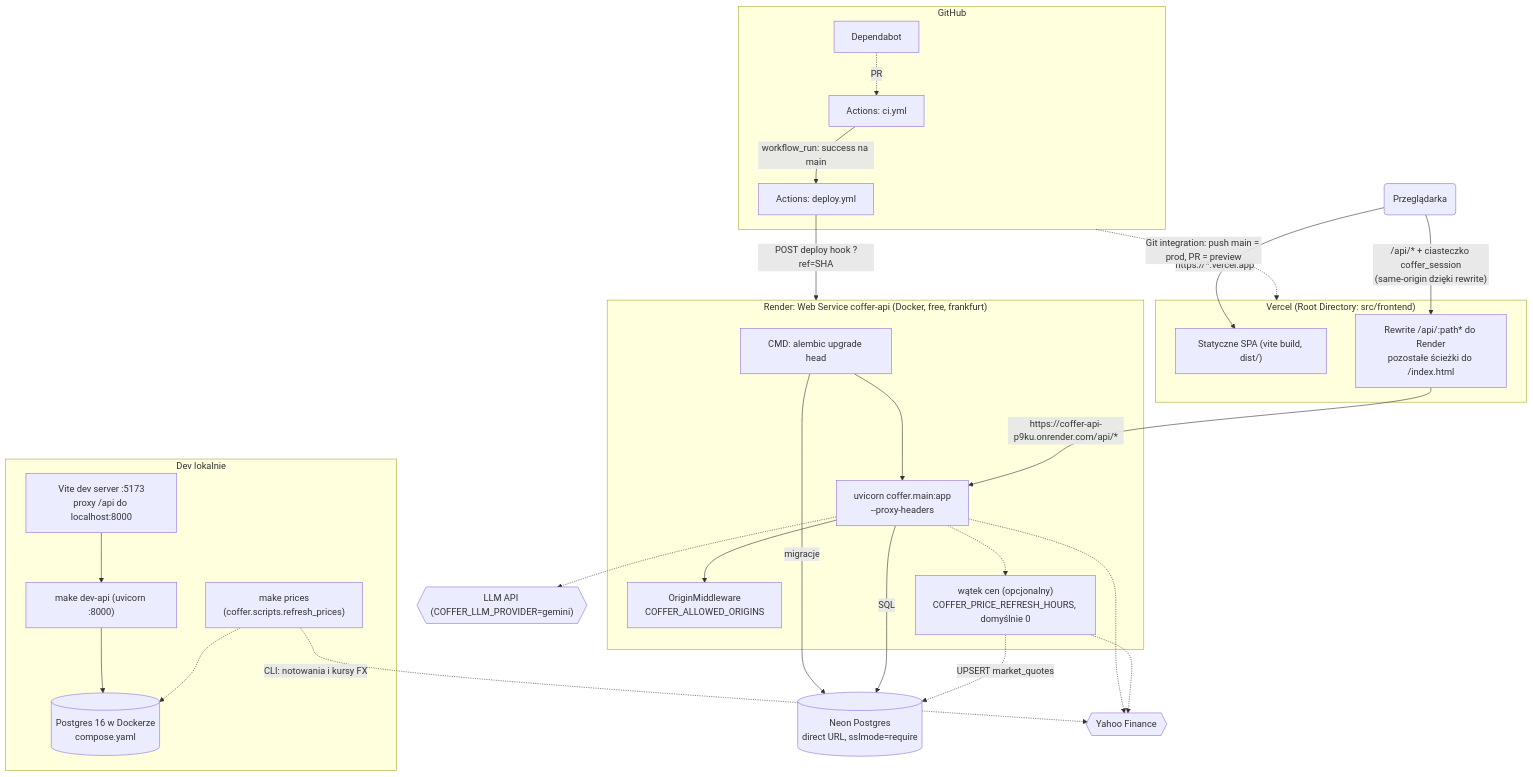
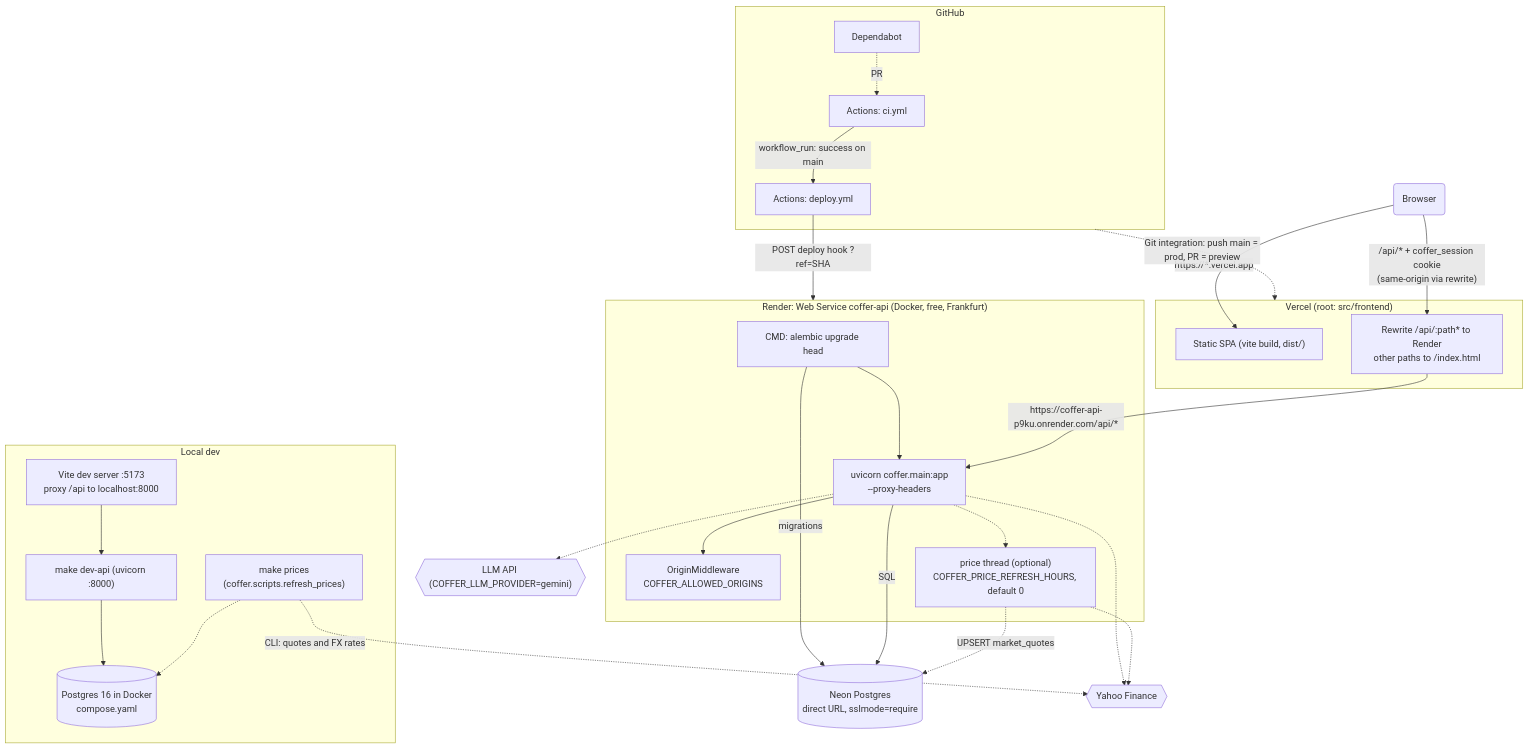
The second of 8 diagrams in docs/architecture.md (krzysztof-wojtowicz/coffer-demo), drawn with Mermaid before and after one commit. The commit also changed other lines of this file and 147 other files, not shown here.

````diff
--- a/docs/architecture.md
+++ b/docs/architecture.md
@@ -62,52 +77,52 @@
 ```mermaid
 flowchart TB
-    browser("Przeglądarka")
+    browser("Browser")
 
-    subgraph vercel["Vercel (Root Directory: src/frontend)"]
-        spa["Statyczne SPA (vite build, dist/)"]
-        rewrite["Rewrite /api/:path* do Render<br/>pozostałe ścieżki do /index.html"]
+    subgraph vercel["Vercel (root: src/frontend)"]
+        spa["Static SPA (vite build, dist/)"]
+        rewrite["Rewrite /api/:path* to Render<br/>other paths to /index.html"]
     end
 
-    subgraph render["Render: Web Service coffer-api (Docker, free, frankfurt)"]
+    subgraph render["Render: Web Service coffer-api (Docker, free, Frankfurt)"]
         start["CMD: alembic upgrade head"]
         uvicorn["uvicorn coffer.main:app<br/>--proxy-headers"]
         origin["OriginMiddleware<br/>COFFER_ALLOWED_ORIGINS"]
-        pricejob["wątek cen (opcjonalny)<br/>COFFER_PRICE_REFRESH_HOURS, domyślnie 0"]
+        pricejob["price thread (optional)<br/>COFFER_PRICE_REFRESH_HOURS, default 0"]
         start --> uvicorn --> origin
         uvicorn -.-> pricejob
     end
 
     neonprod[("Neon Postgres<br/>direct URL, sslmode=require")]
     llmext{{"LLM API (COFFER_LLM_PROVIDER=gemini)"}}
     yahoo2{{"Yahoo Finance"}}
 
     subgraph github["GitHub"]
         ci["Actions: ci.yml"]
         deploy["Actions: deploy.yml"]
         dependabot["Dependabot"]
     end
 
-    subgraph local["Dev lokalnie"]
-        vite["Vite dev server :5173<br/>proxy /api do localhost:8000"]
+    subgraph local["Local dev"]
+        vite["Vite dev server :5173<br/>proxy /api to localhost:8000"]
         devapi["make dev-api (uvicorn :8000)"]
-        pg[("Postgres 16 w Dockerze<br/>compose.yaml")]
+        pg[("Postgres 16 in Docker<br/>compose.yaml")]
         vite --> devapi --> pg
         prices["make prices<br/>(coffer.scripts.refresh_prices)"]
     end
 
     browser -->|"https://*.vercel.app"| spa
-    browser -->|"/api/* + ciasteczko coffer_session<br/>(same-origin dzięki rewrite)"| rewrite
+    browser -->|"/api/* + coffer_session cookie<br/>(same-origin via rewrite)"| rewrite
     rewrite -->|"https://coffer-api-p9ku.onrender.com/api/*"| uvicorn
-    start -->|"migracje"| neonprod
+    start -->|"migrations"| neonprod
     uvicorn -->|"SQL"| neonprod
     uvicorn -.-> llmext
     uvicorn -.-> yahoo2
     pricejob -.->|"UPSERT market_quotes"| neonprod
     pricejob -.-> yahoo2
-    prices -.->|"CLI: notowania i kursy FX"| yahoo2
+    prices -.->|"CLI: quotes and FX rates"| yahoo2
     prices -.-> pg
     dependabot -.->|"PR"| ci
-    ci -->|"workflow_run: success na main"| deploy
+    ci -->|"workflow_run: success on main"| deploy
     deploy -->|"POST deploy hook ?ref=SHA"| render
     github -.->|"Git integration: push main = prod, PR = preview"| vercel
 ```
````
